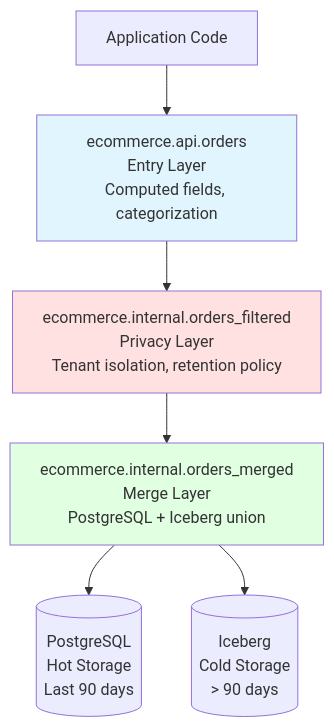
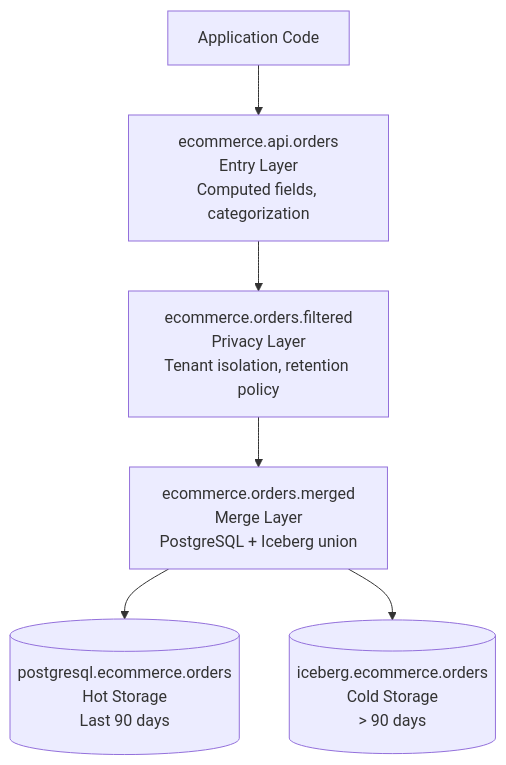
One commit to robfromboulder/virtual-view-manifesto changed the ninth of 9 diagrams in README.md. Above: the diagram before and after it, drawn with Mermaid. The commit also changed other lines of this file and 2 other files, not shown here.

Commit message:
Improve examples and diagrams

````diff
--- a/README.md
+++ b/README.md
@@ -1497,12 +1481,8 @@
 ```mermaid
 flowchart TD
-    App[Application Code] --> Entry[ecommerce.api.orders<br/>Entry Layer<br/>Computed fields, categorization]
-    Entry --> Filter[ecommerce.internal.orders_filtered<br/>Privacy Layer<br/>Tenant isolation, retention policy]
-    Filter --> Merge[ecommerce.internal.orders_merged<br/>Merge Layer<br/>PostgreSQL + Iceberg union]
-    Merge --> PG[(PostgreSQL<br/>Hot Storage<br/>Last 90 days)]
-    Merge --> Ice[(Iceberg<br/>Cold Storage<br/>> 90 days)]
-
-    style Entry fill:#e1f5ff
-    style Filter fill:#ffe1e1
-    style Merge fill:#e1ffe1
+    App["Application Code"] --> Entry["ecommerce.api.orders<br/>Entry Layer<br/>Computed fields, categorization"]
+    Entry --> Filter["ecommerce.orders.filtered<br/>Privacy Layer<br/>Tenant isolation, retention policy"]
+    Filter --> Merge["ecommerce.orders.merged<br/>Merge Layer<br/>PostgreSQL + Iceberg union"]
+    Merge --> PG[("postgresql.ecommerce.orders<br/>Hot Storage<br/>Last 90 days")]
+    Merge --> Ice[("iceberg.ecommerce.orders<br/>Cold Storage<br/>> 90 days")]
 ```
````
